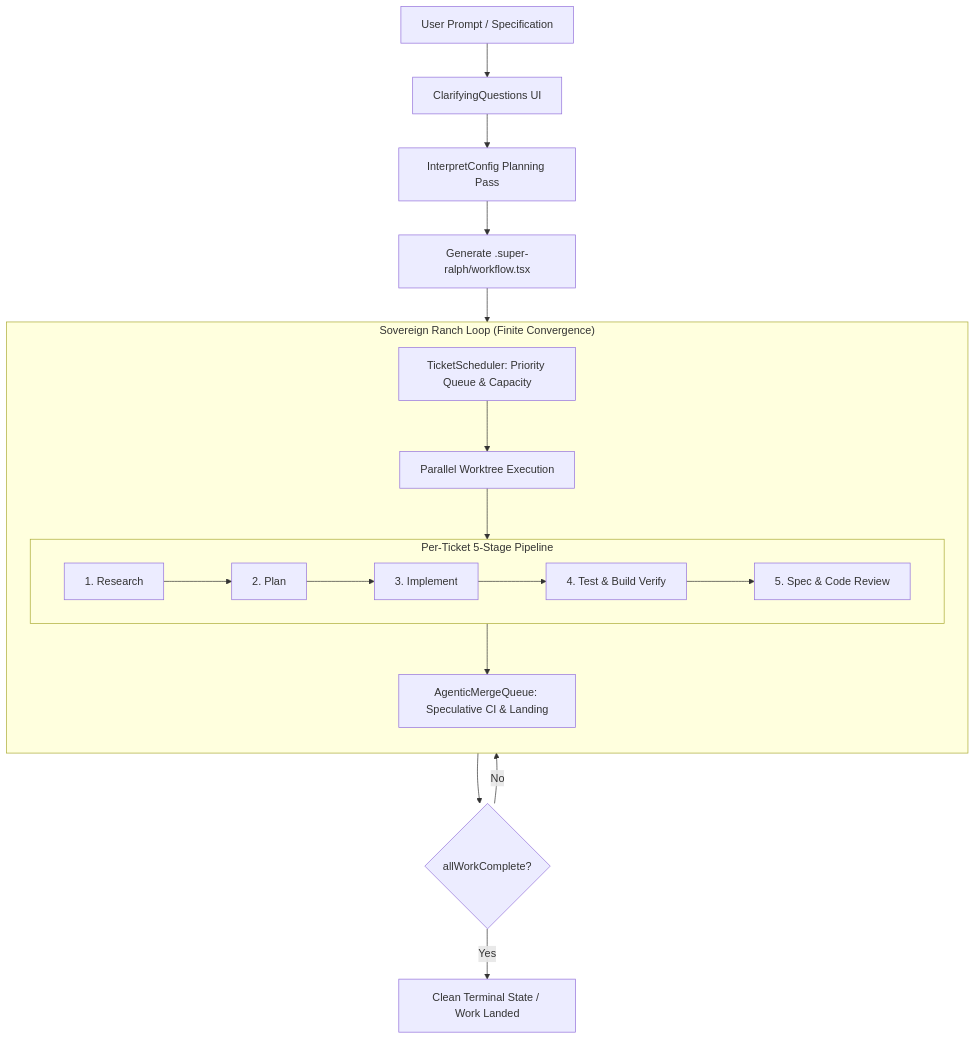
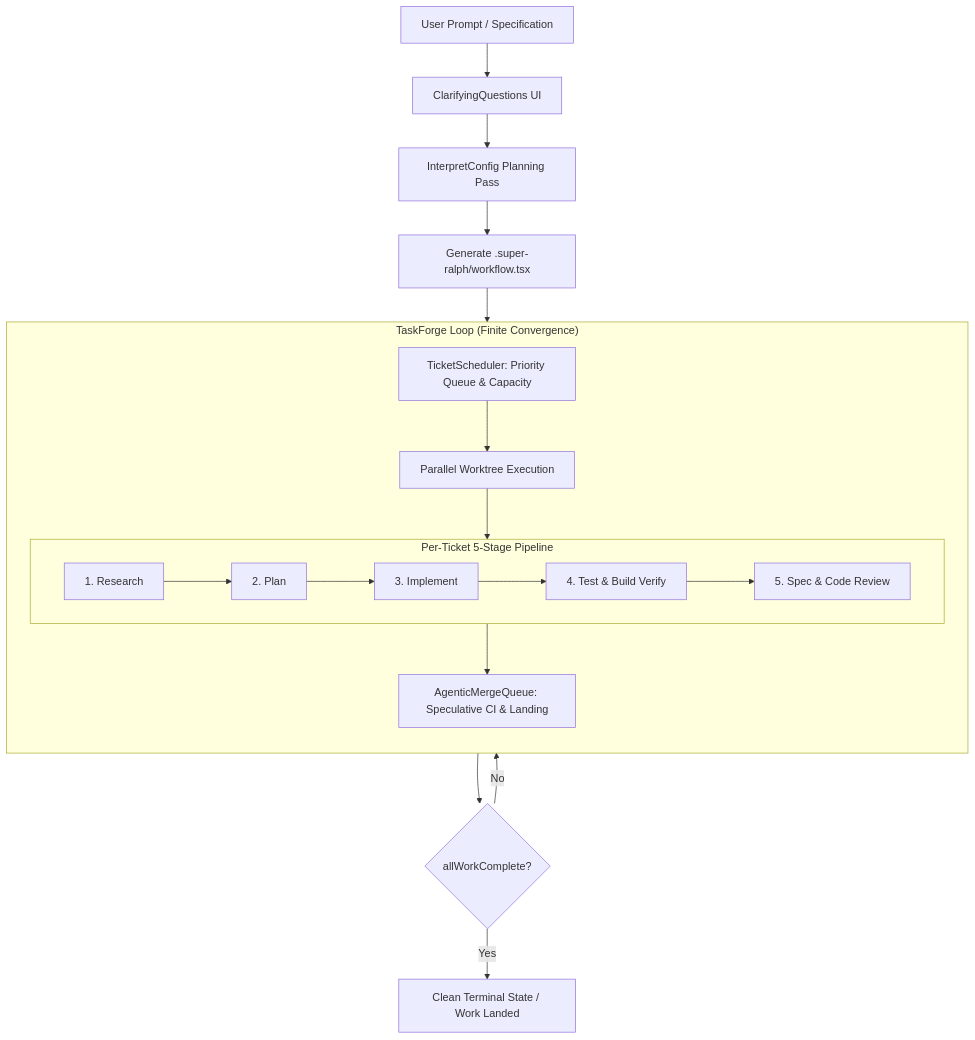
Before and after one commit to toxicwind/super-ralph: the diagram in README.md, drawn with Mermaid. The commit also changed other lines of this file and 2 other files, not shown here.

Commit message:
feat(rebrand): establish Sovereign TaskForge (@sovereign/taskforge) with taskforge/ralph CLI

````diff
--- a/README.md
+++ b/README.md
@@ -16,26 +16,26 @@
 ```mermaid
 flowchart TD
     Prompt[User Prompt / Specification] --> Clarify[ClarifyingQuestions UI]
     Clarify --> PlanPass[InterpretConfig Planning Pass]
     PlanPass --> Gen[Generate .super-ralph/workflow.tsx]
     
-    subgraph RanchLoop["Sovereign Ranch Loop (Finite Convergence)"]
+    subgraph TaskForgeLoop["TaskForge Loop (Finite Convergence)"]
         direction TB
         Sched[TicketScheduler: Priority Queue & Capacity] --> Exec[Parallel Worktree Execution]
         
         subgraph StagePipeline["Per-Ticket 5-Stage Pipeline"]
             Research[1. Research] --> Plan[2. Plan]
             Plan --> Implement[3. Implement]
             Implement --> Test[4. Test & Build Verify]
             Test --> Review[5. Spec & Code Review]
         end
         
         Exec --> StagePipeline
         StagePipeline --> MergeQ[AgenticMergeQueue: Speculative CI & Landing]
     end
     
-    Gen --> RanchLoop
+    Gen --> TaskForgeLoop
     MergeQ --> Done{allWorkComplete?}
     Done -- No --> Sched
     Done -- Yes --> Settled[Clean Terminal State / Work Landed]
 ```
````
